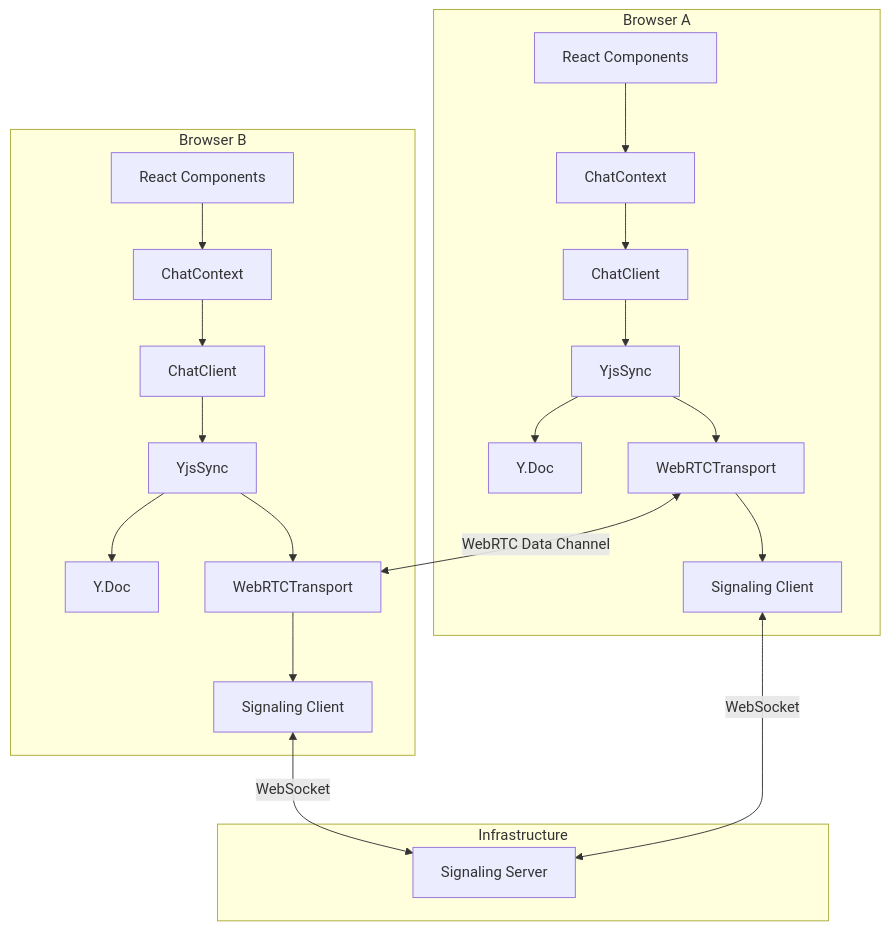
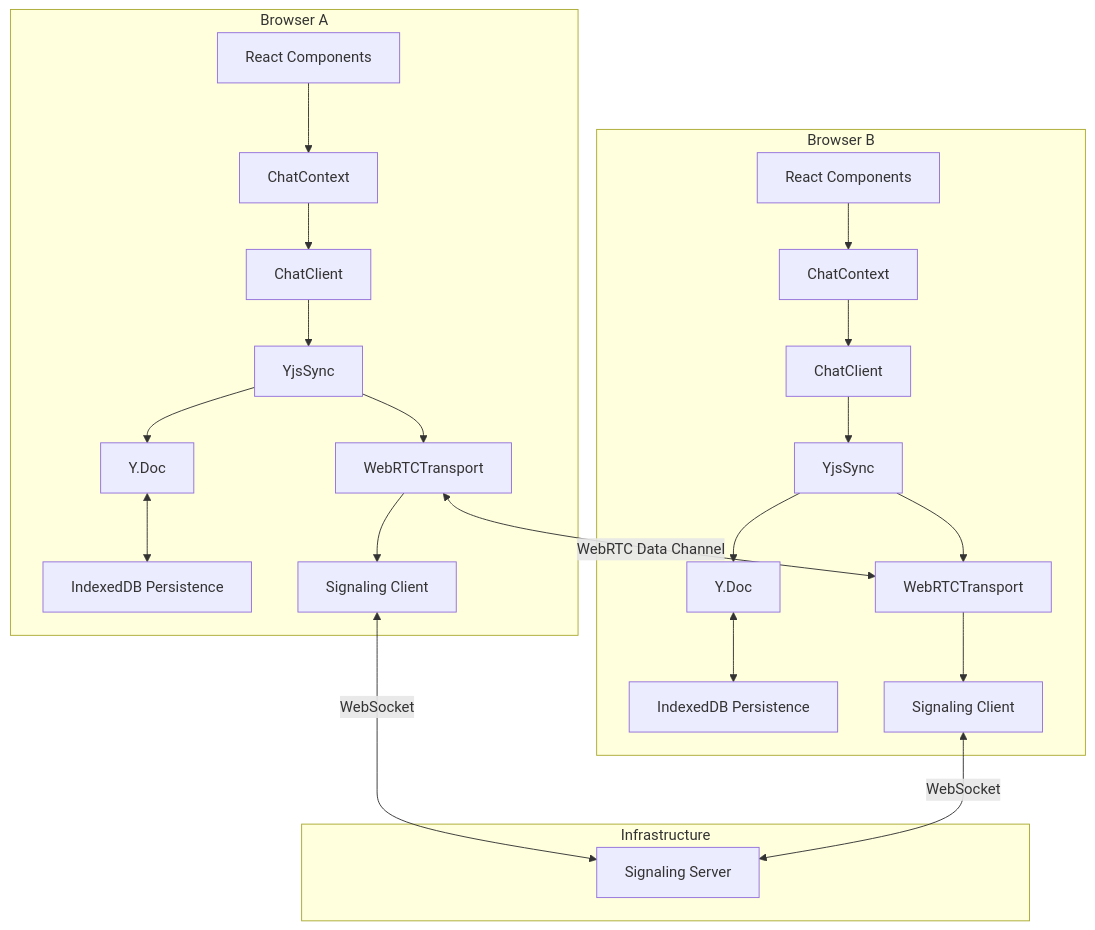
The diagram in docs/chat.md (jhead/lanscape), drawn with Mermaid before and after one commit. The commit also changed other lines of this file and 13 other files, not shown here.

````diff
--- a/docs/chat.md
+++ b/docs/chat.md
@@ -7,37 +7,41 @@
 ```mermaid
 graph TB
     subgraph "Browser A"
         UI_A[React Components]
         CTX_A[ChatContext]
         CLIENT_A[ChatClient]
         SYNC_A[YjsSync]
         YDOC_A[Y.Doc]
+        IDB_A[IndexedDB Persistence]
         TRANSPORT_A[WebRTCTransport]
         SIG_A[Signaling Client]
     end
 
     subgraph "Browser B"
         UI_B[React Components]
         CTX_B[ChatContext]
         CLIENT_B[ChatClient]
         SYNC_B[YjsSync]
         YDOC_B[Y.Doc]
+        IDB_B[IndexedDB Persistence]
         TRANSPORT_B[WebRTCTransport]
         SIG_B[Signaling Client]
     end
 
     subgraph "Infrastructure"
         SIG_SERVER[Signaling Server]
     end
 
     UI_A --> CTX_A --> CLIENT_A --> SYNC_A --> YDOC_A
+    YDOC_A <--> IDB_A
     SYNC_A --> TRANSPORT_A --> SIG_A
     
     UI_B --> CTX_B --> CLIENT_B --> SYNC_B --> YDOC_B
+    YDOC_B <--> IDB_B
     SYNC_B --> TRANSPORT_B --> SIG_B
 
     SIG_A <-->|WebSocket| SIG_SERVER
     SIG_B <-->|WebSocket| SIG_SERVER
     
     TRANSPORT_A <-->|WebRTC Data Channel| TRANSPORT_B
 ```
````
